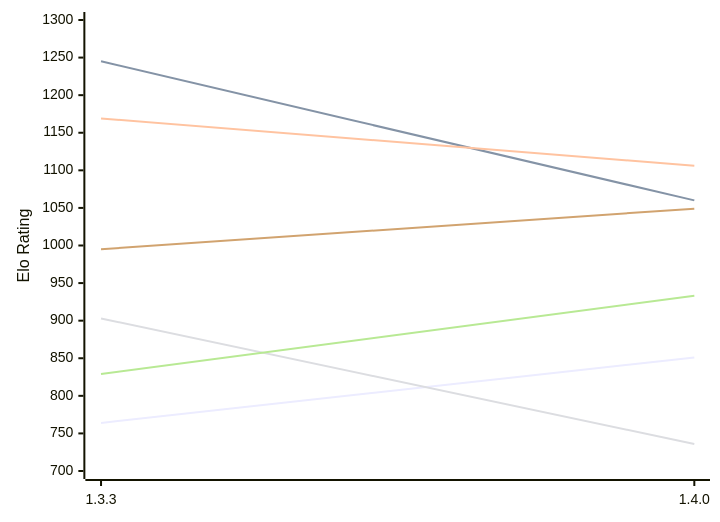
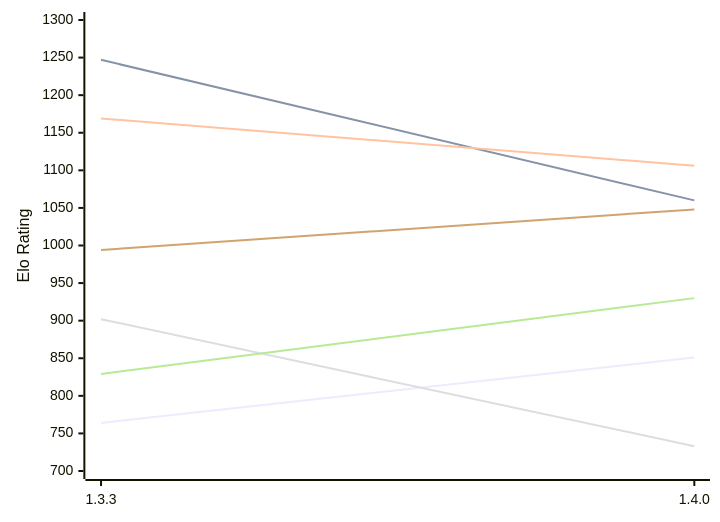
One commit to computer-chess-index/cci changed the first of 2 diagrams in engines/Whitespine.md. Above: the diagram before and after it, drawn with Mermaid. The commit also changed other lines of this file, not shown here.

Commit message:
Update CCI Ratings (ELO VLTC) - 2026-11-22

````diff
--- a/engines/Whitespine.md
+++ b/engines/Whitespine.md
@@ -51,12 +51,12 @@
 ```mermaid
 %%{init: {"theme":"base","themeVariables":{"seriesColors:['#a3a3a3','#222221','#faa371']}}}%%
 xychart-beta
   x-axis ["1.3.3", "1.4.0"]
   y-axis "Elo Rating" 700 --> 1300
   line "E1: STC (8.0+0.08s)" [764, 851]
-  line "E1: LTC (60.0+0.60s)" [1245, 1060]
+  line "E1: LTC (60.0+0.60s)" [1247, 1060]
   line "E1: VLTC (2m24s+1.12s)" [1169, 1106]
-  line "P1: STC (8.0+0.08s)" [903, 736]
-  line "P1: LTC (60.0+0.60s)" [829, 933]
-  line "P1: VLTC (2m24s+1.12s)" [995, 1049]
+  line "P1: STC (8.0+0.08s)" [902, 733]
+  line "P1: LTC (60.0+0.60s)" [829, 930]
+  line "P1: VLTC (2m24s+1.12s)" [994, 1048]
 ```
````
